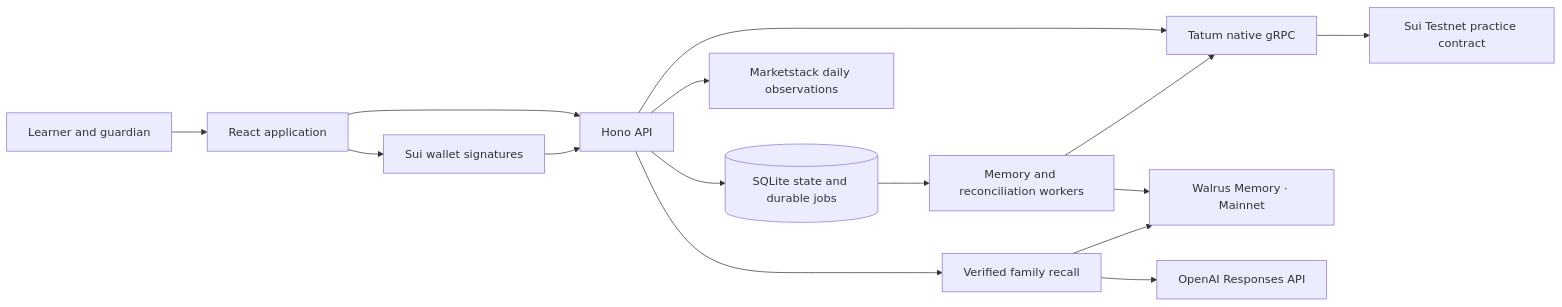
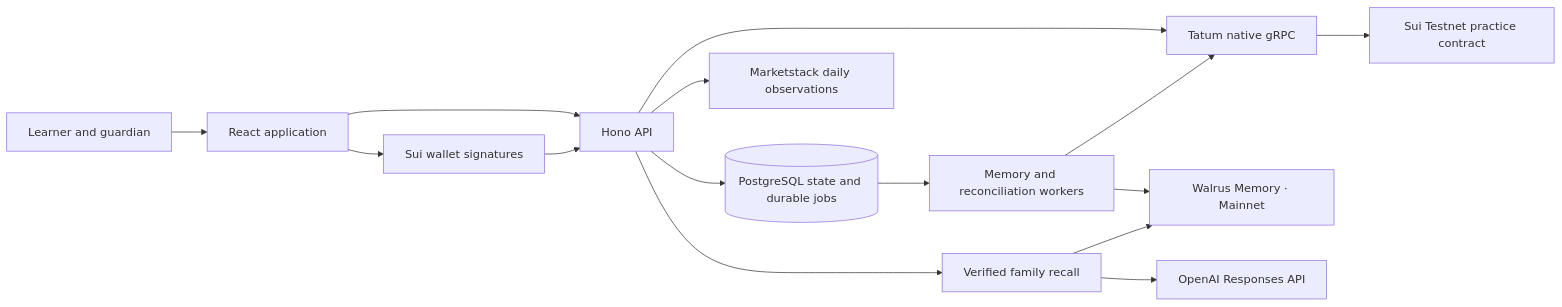
One commit to ELLA0VICTOR/trove changed the diagram in README.md. Above: the diagram before and after it, drawn with Mermaid. The commit also changed other lines of this file and 55 other files, not shown here.

````diff
--- a/README.md
+++ b/README.md
@@ -93,17 +93,17 @@
 ```mermaid
 flowchart LR
     Learner["Learner and guardian"] --> UI["React application"]
     UI --> API["Hono API"]
     UI --> Wallet["Sui wallet signatures"]
     Wallet --> API
-    API --> Store[("SQLite state and durable jobs")]
+    API --> Store[("PostgreSQL state and durable jobs")]
     API --> Market["Marketstack daily observations"]
     API --> Tatum["Tatum native gRPC"]
     Tatum --> Sui["Sui Testnet practice contract"]
     Store --> Worker["Memory and reconciliation workers"]
     Worker --> Walrus["Walrus Memory · Mainnet"]
     Worker --> Tatum
     API --> Recall["Verified family recall"]
     Recall --> Walrus
     Recall --> Coach["OpenAI Responses API"]
 ```
````
